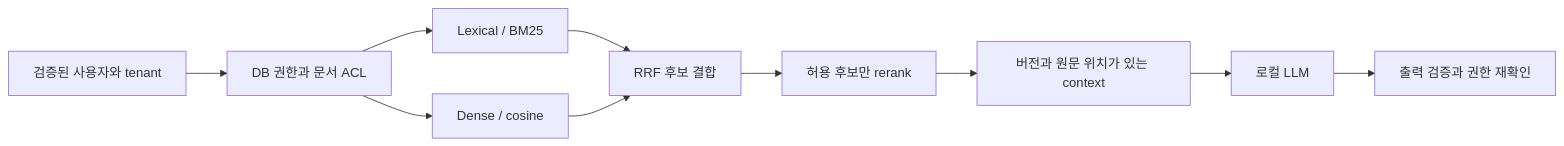
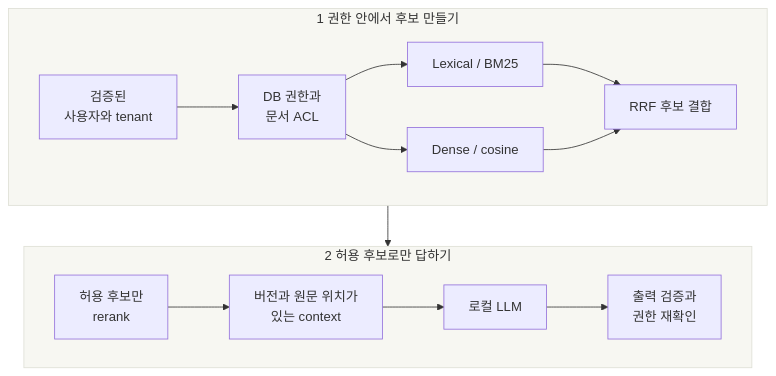
One commit to jay-jang/preparing-fde changed the diagram in assets/diagrams/frame-2-1.mmd. Above: the diagram before and after it, drawn with Mermaid. The commit also changed 75 other files, not shown here.

```diff
--- a/assets/diagrams/frame-2-1.mmd
+++ b/assets/diagrams/frame-2-1.mmd
@@ -1,10 +1,18 @@
-flowchart LR
-  U["검증된 사용자와 tenant"] --> A["DB 권한과 문서 ACL"]
-  A --> B["Lexical / BM25"]
-  A --> V["Dense / cosine"]
-  B --> F["RRF 후보 결합"]
-  V --> F
-  F --> R["허용 후보만 rerank"]
-  R --> C["버전과 원문 위치가 있는 context"]
-  C --> L["로컬 LLM"]
-  L --> G["출력 검증과 권한 재확인"]
+flowchart TB
+  subgraph R1["1 권한 안에서 후보 만들기"]
+    direction LR
+    U["검증된<br/>사용자와 tenant"] --> A["DB 권한과<br/>문서 ACL"]
+    A --> B["Lexical / BM25"]
+    A --> V["Dense / cosine"]
+    B --> F["RRF 후보 결합"]
+    V --> F
+  end
+  subgraph R2["2 허용 후보로만 답하기"]
+    direction LR
+    R["허용 후보만<br/>rerank"] --> C["버전과 원문 위치가<br/>있는 context"]
+    C --> L["로컬 LLM"]
+    L --> G["출력 검증과<br/>권한 재확인"]
+  end
+  R1 --> R2
+  style R1 fill:#f7f7f2,stroke:#dedfd5,stroke-width:1px
+  style R2 fill:#f7f7f2,stroke:#dedfd5,stroke-width:1px
```
